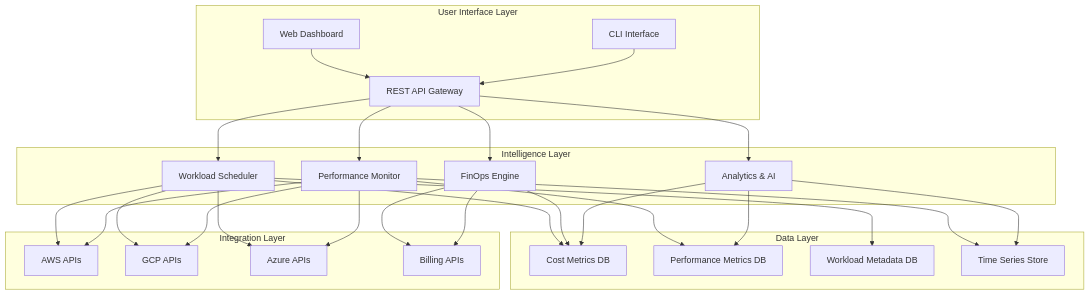
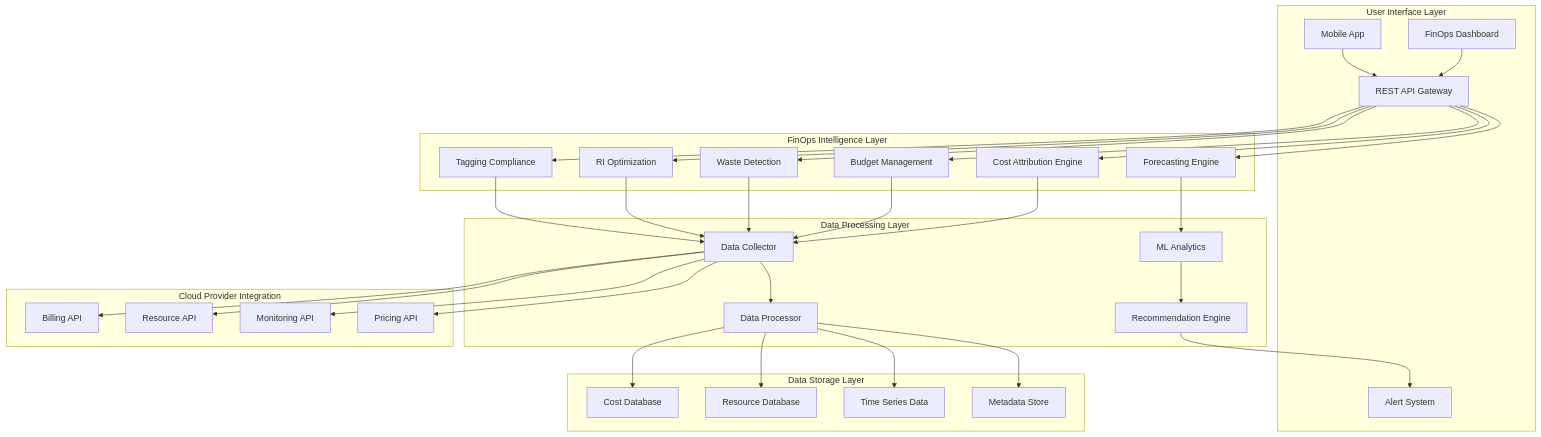
One commit to sanketexe/ai-cloud-scheduler changed the first of 2 diagrams in .kiro/specs/cloud-intelligence-platform/design.md. Above: the diagram before and after it, drawn with Mermaid. The commit also changed other lines of this file and 55 other files, not shown here.

First line of the commit message:
feat: Add comprehensive FinOps Platform with Phase 1 Foundation spec

````diff
--- a/.kiro/specs/cloud-intelligence-platform/design.md
+++ b/.kiro/specs/cloud-intelligence-platform/design.md
@@ -13,54 +13,69 @@
 ```mermaid
 graph TB
     subgraph "User Interface Layer"
-        UI[Web Dashboard]
+        UI[FinOps Dashboard]
         API[REST API Gateway]
-        CLI[CLI Interface]
+        MOBILE[Mobile App]
+        ALERTS[Alert System]
     end
     
-    subgraph "Intelligence Layer"
-        WS[Workload Scheduler]
-        FE[FinOps Engine]
-        PM[Performance Monitor]
-        AA[Analytics & AI]
+    subgraph "FinOps Intelligence Layer"
+        CA[Cost Attribution Engine]
+        BM[Budget Management]
+        WD[Waste Detection]
+        RIO[RI Optimization]
+        TC[Tagging Compliance]
+        FE[Forecasting Engine]
     end
     
-    subgraph "Data Layer"
-        CM[Cost Metrics DB]
-        PM_DB[Performance Metrics DB]
-        WM[Workload Metadata DB]
-        TS[Time Series Store]
+    subgraph "Data Processing Layer"
+        DC[Data Collector]
+        DP[Data Processor]
+        ML[ML Analytics]
+        RE[Recommendation Engine]
     end
     
-    subgraph "Integration Layer"
-        AWS_API[AWS APIs]
-        GCP_API[GCP APIs]
-        AZURE_API[Azure APIs]
-        BILLING[Billing APIs]
+    subgraph "Data Storage Layer"
+        CD[Cost Database]
+        RD[Resource Database]
+        TD[Time Series Data]
+        MD[Metadata Store]
+    end
+    
+    subgraph "Cloud Provider Integration"
+        BILLING[Billing API]
+        RESOURCE[Resource API]
+        MONITOR[Monitoring API]
+        PRICING[Pricing API]
     end
     
     UI --> API
-    CLI --> API
-    API --> WS
+    MOBILE --> API
+    API --> CA
+    API --> BM
+    API --> WD
+    API --> RIO
+    API --> TC
     API --> FE
-    API --> PM
-    API --> AA
     
-    WS --> CM
-    WS --> WM
-    FE --> CM
-    FE --> BILLING
-    PM --> PM_DB
-    PM --> TS
-    AA --> CM
-    AA --> PM_DB
-    AA --> TS
+    CA --> DC
+    BM --> DC
+    WD --> DC
+    RIO --> DC
+    TC --> DC
+    FE --> ML
     
-    WS --> AWS_API
-    WS --> GCP_API
-    WS --> AZURE_API
-    FE --> BILLING
-    PM --> AWS_API
-    PM --> GCP_API
-    PM --> AZURE_API
+    DC --> DP
+    DP --> CD
+    DP --> RD
+    DP --> TD
+    DP --> MD
+    
+    ML --> RE
+    RE --> ALERTS
+    
+    DC --> BILLING
+    DC --> RESOURCE
+    DC --> MONITOR
+    DC --> PRICING
 ```
````
